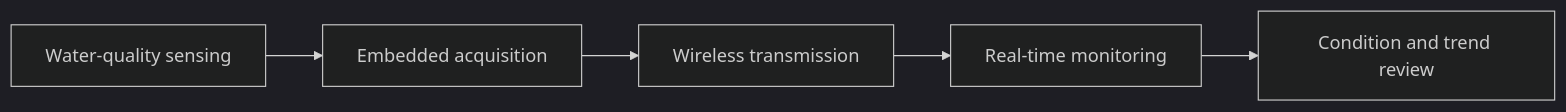
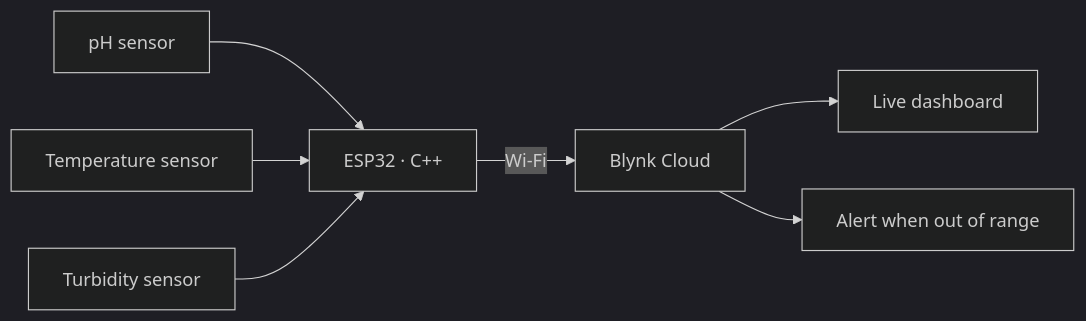
Before and after one commit to mjhoncaryy/mjhoncaryy: the diagram in README.md, drawn with Mermaid (dark theme). The commit also changed other lines of this file, not shown here.

````diff
--- a/README.md
+++ b/README.md
@@ -84,7 +57,9 @@
 ```mermaid
 flowchart LR
-    A[Water-quality sensing] --> B[Embedded acquisition]
-    B --> C[Wireless transmission]
-    C --> D[Real-time monitoring]
-    D --> E[Condition and trend review]
+    S1[pH sensor] --> MCU
+    S2[Temperature sensor] --> MCU
+    S3[Turbidity sensor] --> MCU
+    MCU[ESP32 · C++] -->|Wi-Fi| B[Blynk Cloud]
+    B --> D[Live dashboard]
+    B --> A[Alert when out of range]
 ```
````
